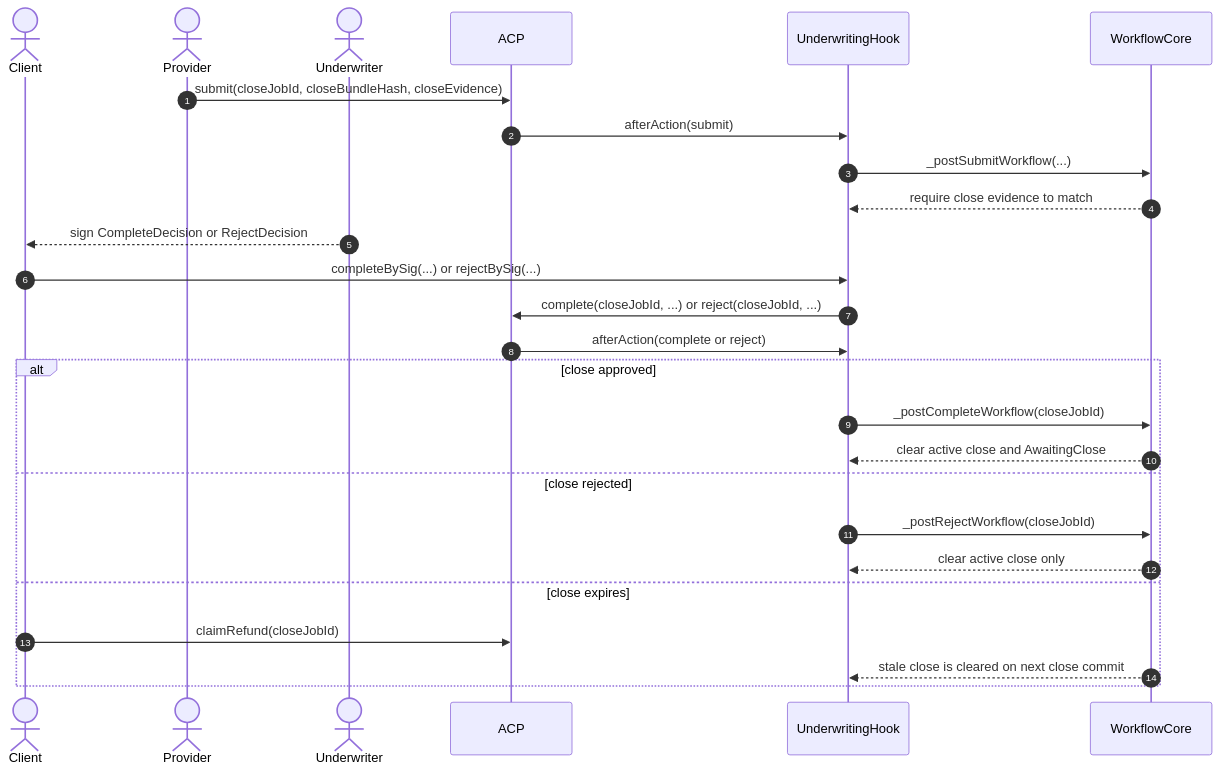
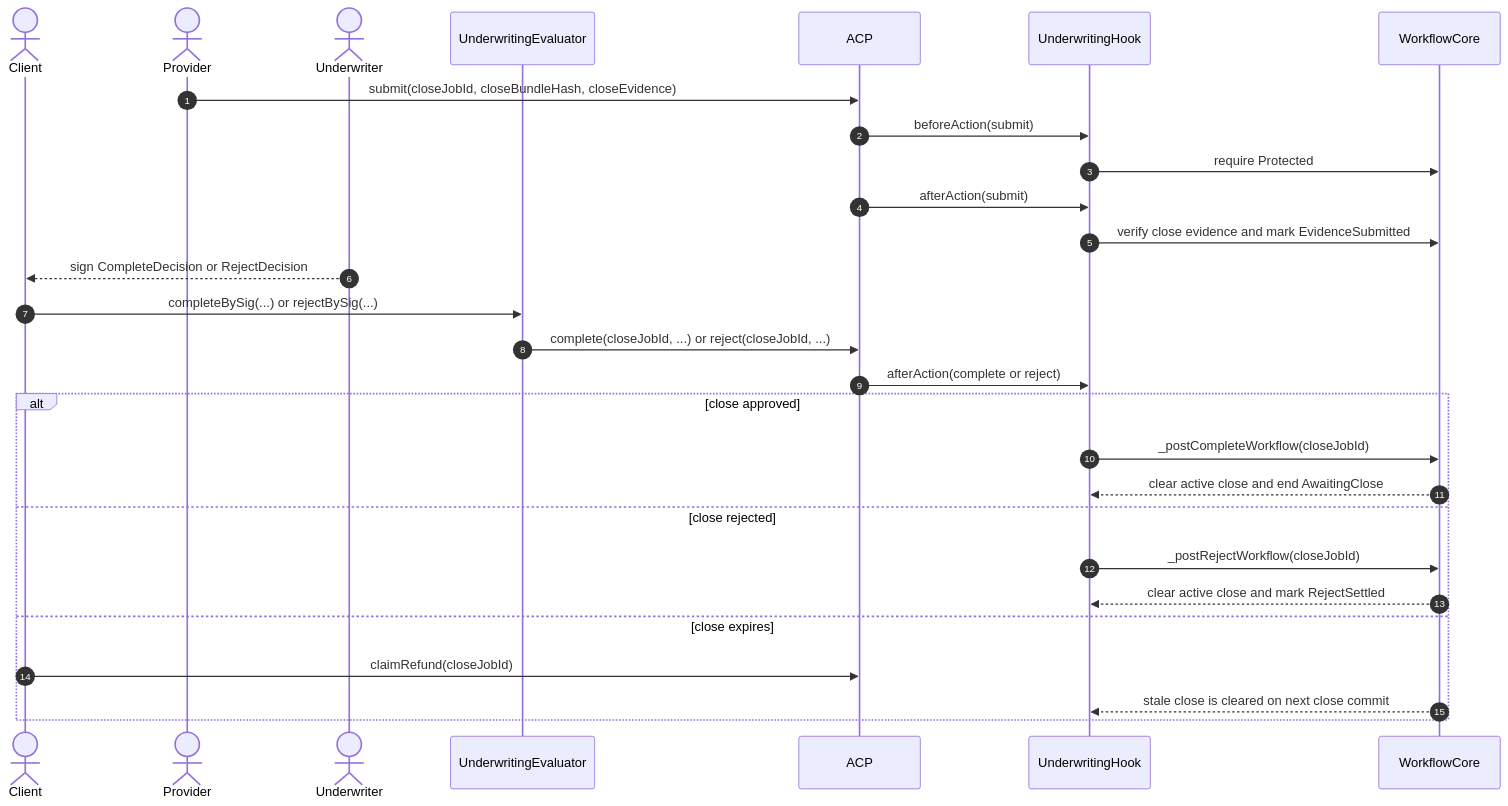
Before and after one commit to tsubasakong/hook-contracts: the eighth of 8 diagrams in docs/underwriting-hook-acp-core-sequence.md, drawn with Mermaid. The commit also changed other lines of this file and 13 other files, not shown here.

````diff
--- a/docs/underwriting-hook-acp-core-sequence.md
+++ b/docs/underwriting-hook-acp-core-sequence.md
@@ -140,29 +190,31 @@
 ```mermaid
 sequenceDiagram
     autonumber
     actor Client
     actor Provider
     actor Underwriter
+    participant Eval as UnderwritingEvaluator
     participant ACP as ACP
     participant Hook as UnderwritingHook
     participant Flow as WorkflowCore
 
     Provider->>ACP: submit(closeJobId, closeBundleHash, closeEvidence)
+    ACP->>Hook: beforeAction(submit)
+    Hook->>Flow: require Protected
     ACP->>Hook: afterAction(submit)
-    Hook->>Flow: _postSubmitWorkflow(...)
-    Flow-->>Hook: require close evidence to match
+    Hook->>Flow: verify close evidence and mark EvidenceSubmitted
     Underwriter-->>Client: sign CompleteDecision or RejectDecision
-    Client->>Hook: completeBySig(...) or rejectBySig(...)
-    Hook->>ACP: complete(closeJobId, ...) or reject(closeJobId, ...)
+    Client->>Eval: completeBySig(...) or rejectBySig(...)
+    Eval->>ACP: complete(closeJobId, ...) or reject(closeJobId, ...)
     ACP->>Hook: afterAction(complete or reject)
     alt close approved
         Hook->>Flow: _postCompleteWorkflow(closeJobId)
-        Flow-->>Hook: clear active close and AwaitingClose
+        Flow-->>Hook: clear active close and end AwaitingClose
     else close rejected
         Hook->>Flow: _postRejectWorkflow(closeJobId)
-        Flow-->>Hook: clear active close only
+        Flow-->>Hook: clear active close and mark RejectSettled
     else close expires
         Client->>ACP: claimRefund(closeJobId)
         Flow-->>Hook: stale close is cleared on next close commit
     end
 ```
````
